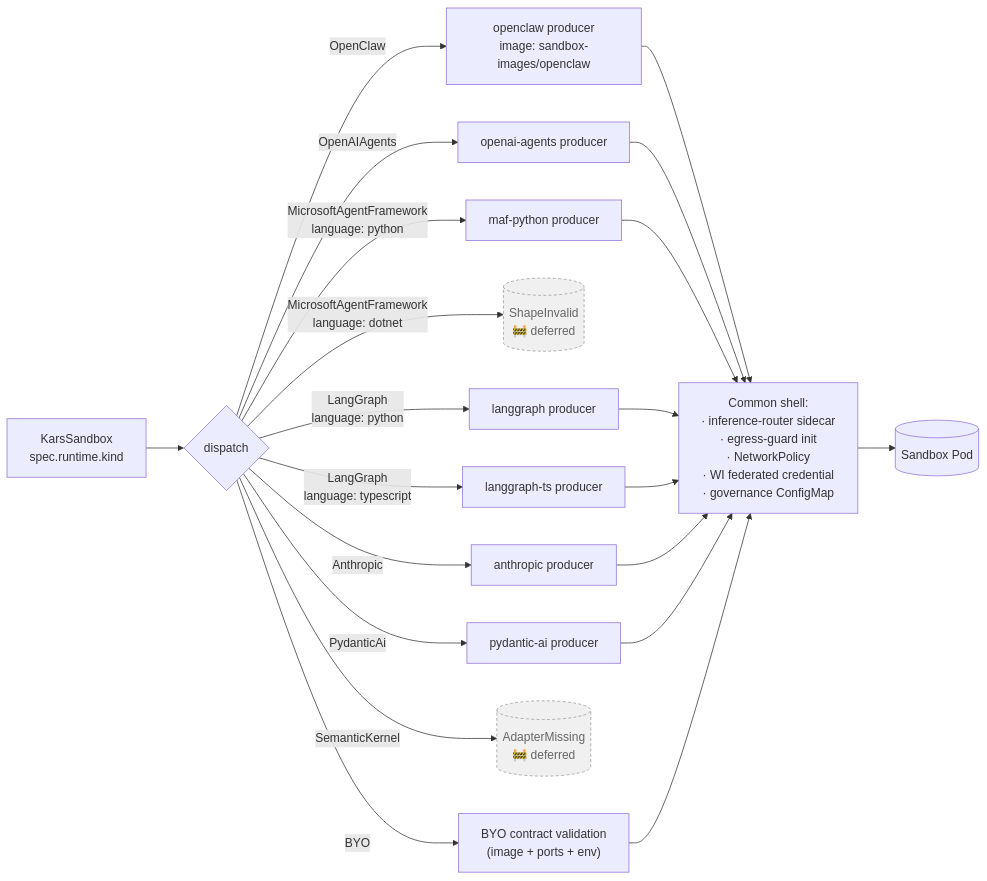
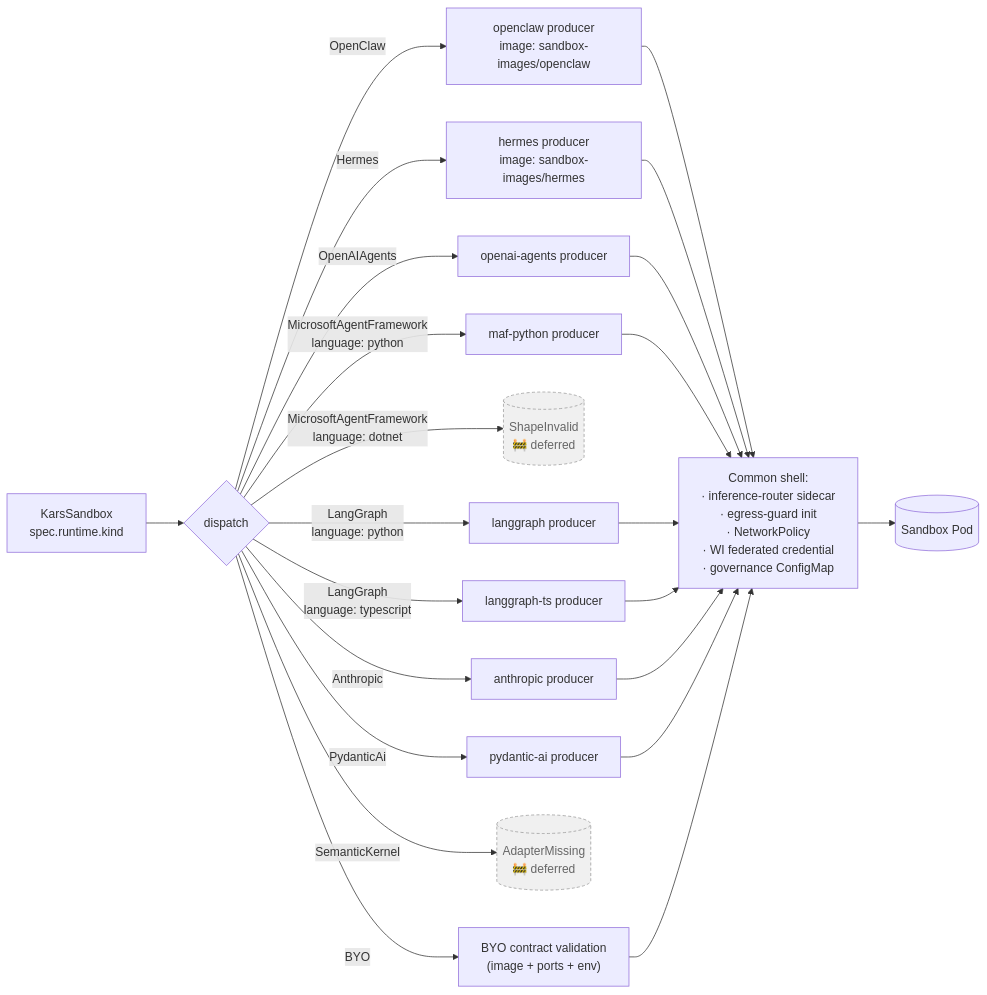
The diagram in docs/runtimes.md (lachie83/kars), drawn with Mermaid before and after one commit. The commit also changed other lines of this file and 153 other files, not shown here.

````diff
--- a/docs/runtimes.md
+++ b/docs/runtimes.md
@@ -30,19 +31,20 @@
 ```mermaid
 flowchart LR
   CR["KarsSandbox<br/>spec.runtime.kind"] --> D{dispatch}
   D -->|OpenClaw| P1["openclaw producer<br/>image: sandbox-images/openclaw"]
+  D -->|Hermes| P1H["hermes producer<br/>image: sandbox-images/hermes"]
   D -->|OpenAIAgents| P2["openai-agents producer"]
   D -->|MicrosoftAgentFramework<br/>language: python| P3["maf-python producer"]
   D -->|MicrosoftAgentFramework<br/>language: dotnet| P3X[("ShapeInvalid<br/>🚧 deferred")]
   D -->|LangGraph<br/>language: python| P4["langgraph producer"]
   D -->|LangGraph<br/>language: typescript| P4T["langgraph-ts producer"]
   D -->|Anthropic| P5["anthropic producer"]
   D -->|PydanticAi| P6["pydantic-ai producer"]
   D -->|SemanticKernel| P7X[("AdapterMissing<br/>🚧 deferred")]
   D -->|BYO| P8["BYO contract validation<br/>(image + ports + env)"]
-  P1 & P2 & P3 & P4 & P4T & P5 & P6 & P8 --> COMMON["Common shell:<br/>· inference-router sidecar<br/>· egress-guard init<br/>· NetworkPolicy<br/>· WI federated credential<br/>· governance ConfigMap"]
+  P1 & P1H & P2 & P3 & P4 & P4T & P5 & P6 & P8 --> COMMON["Common shell:<br/>· inference-router sidecar<br/>· egress-guard init<br/>· NetworkPolicy<br/>· WI federated credential<br/>· governance ConfigMap"]
   COMMON --> POD[("Sandbox Pod")]
 
   classDef deferred fill:#f0f0f0,stroke:#999,stroke-dasharray:4 3,color:#666
   class P3X,P7X deferred
 ```
````
